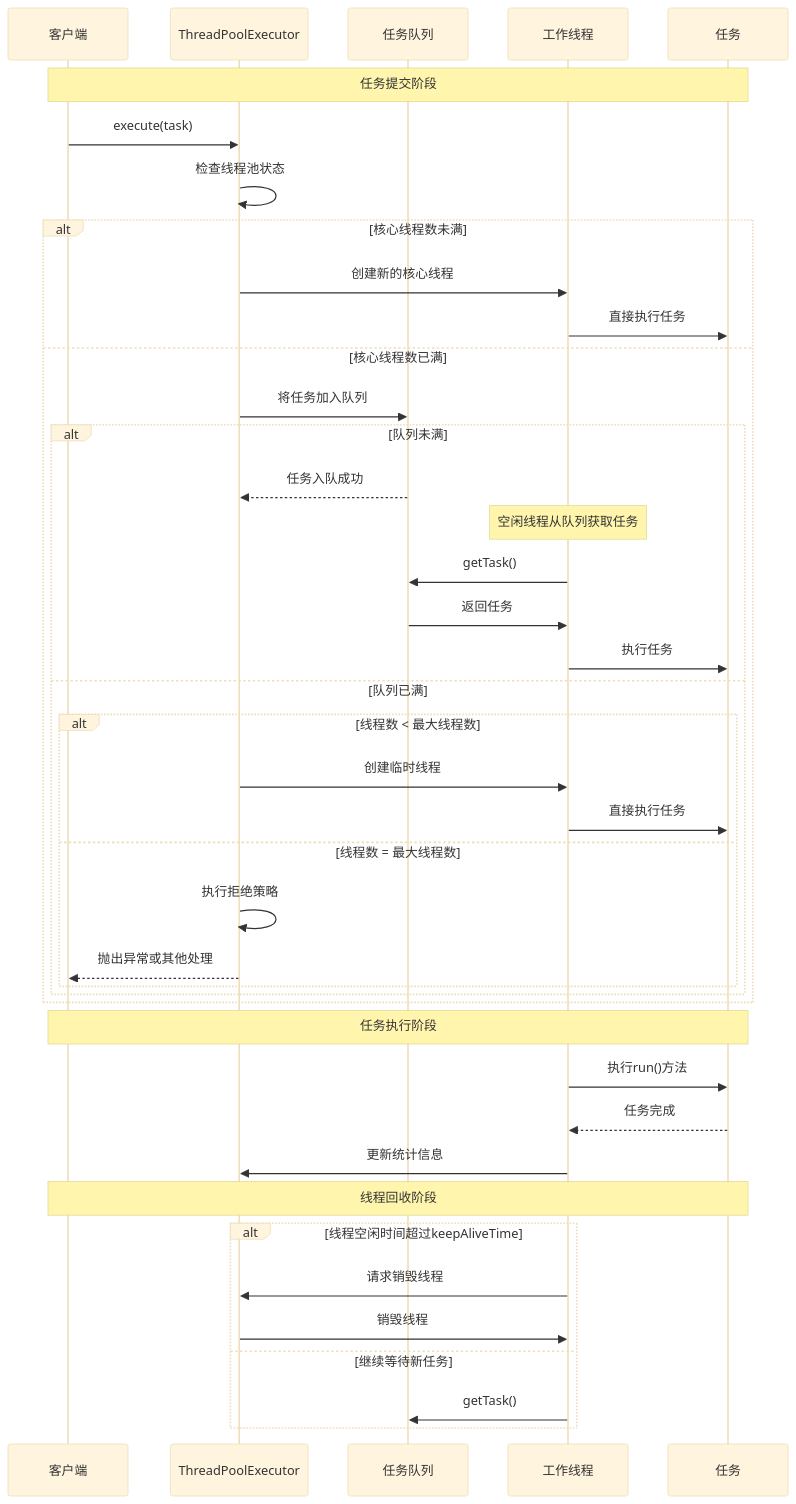
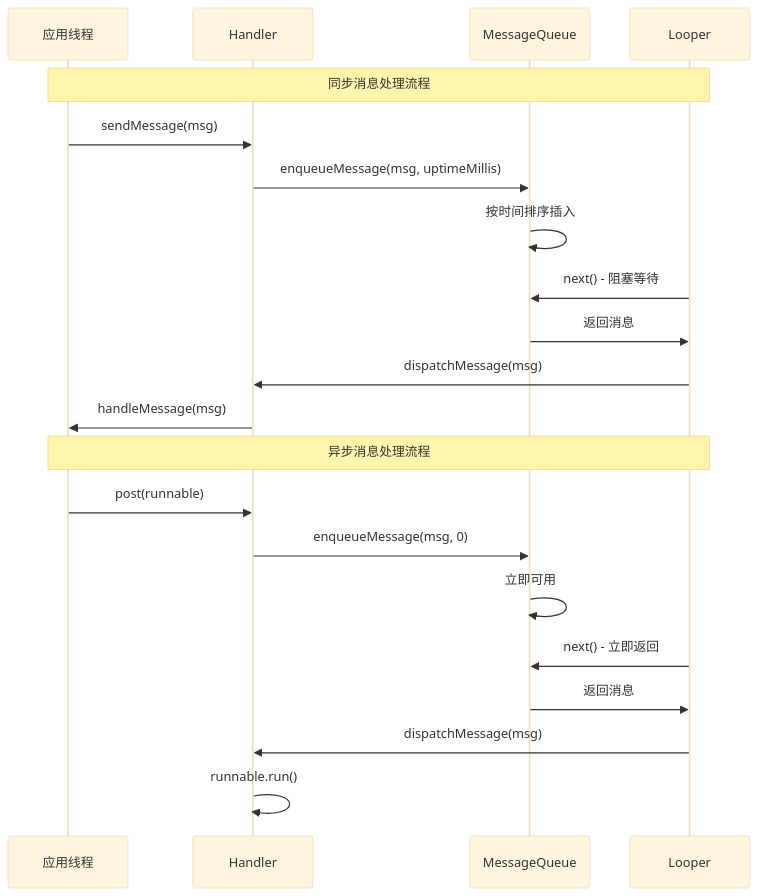
Before and after one commit to chongyang211/YCBookBlog: the fourth of 16 diagrams in 00.通用技术的提升/README.md, drawn with Mermaid (base theme). The commit also changed other lines of this file, not shown here.

````diff
--- a/00.通用技术的提升/README.md
+++ b/00.通用技术的提升/README.md
@@ -114,47 +199,25 @@
 ```mermaid
 sequenceDiagram
-    participant Client as 客户端
-    participant TPE as ThreadPoolExecutor
-    participant Queue as 任务队列
-    participant Worker as 工作线程
-    participant Task as 任务
+    participant App as 应用线程
+    participant Handler as Handler
+    participant Queue as MessageQueue
+    participant Looper as Looper
     
-    Note over Client,Task: 任务提交阶段
-    Client->>TPE: execute(task)
-    TPE->>TPE: 检查线程池状态
+    Note over App,Looper: 同步消息处理流程
+    App->>Handler: sendMessage(msg)
+    Handler->>Queue: enqueueMessage(msg, uptimeMillis)
+    Queue->>Queue: 按时间排序插入
+    Looper->>Queue: next() - 阻塞等待
+    Queue->>Looper: 返回消息
+    Looper->>Handler: dispatchMessage(msg)
+    Handler->>App: handleMessage(msg)
     
-    alt 核心线程数未满
-        TPE->>Worker: 创建新的核心线程
-        Worker->>Task: 直接执行任务
-    else 核心线程数已满
-        TPE->>Queue: 将任务加入队列
-        alt 队列未满
-            Queue-->>TPE: 任务入队成功
-            Note over Worker: 空闲线程从队列获取任务
-            Worker->>Queue: getTask()
-            Queue->>Worker: 返回任务
-            Worker->>Task: 执行任务
-        else 队列已满
-            alt 线程数 < 最大线程数
-                TPE->>Worker: 创建临时线程
-                Worker->>Task: 直接执行任务
-            else 线程数 = 最大线程数
-                TPE->>TPE: 执行拒绝策略
-                TPE-->>Client: 抛出异常或其他处理
-            end
-        end
-    end
-    
-    Note over Client,Task: 任务执行阶段
-    Worker->>Task: 执行run()方法
-    Task-->>Worker: 任务完成
-    Worker->>TPE: 更新统计信息
-    
-    Note over Client,Task: 线程回收阶段
-    alt 线程空闲时间超过keepAliveTime
-        Worker->>TPE: 请求销毁线程
-        TPE->>Worker: 销毁线程
-    else 继续等待新任务
-        Worker->>Queue: getTask()
-    end
+    Note over App,Looper: 异步消息处理流程
+    App->>Handler: post(runnable)
+    Handler->>Queue: enqueueMessage(msg, 0)
+    Queue->>Queue: 立即可用
+    Looper->>Queue: next() - 立即返回
+    Queue->>Looper: 返回消息
+    Looper->>Handler: dispatchMessage(msg)
+    Handler->>Handler: runnable.run()
 ```
````
